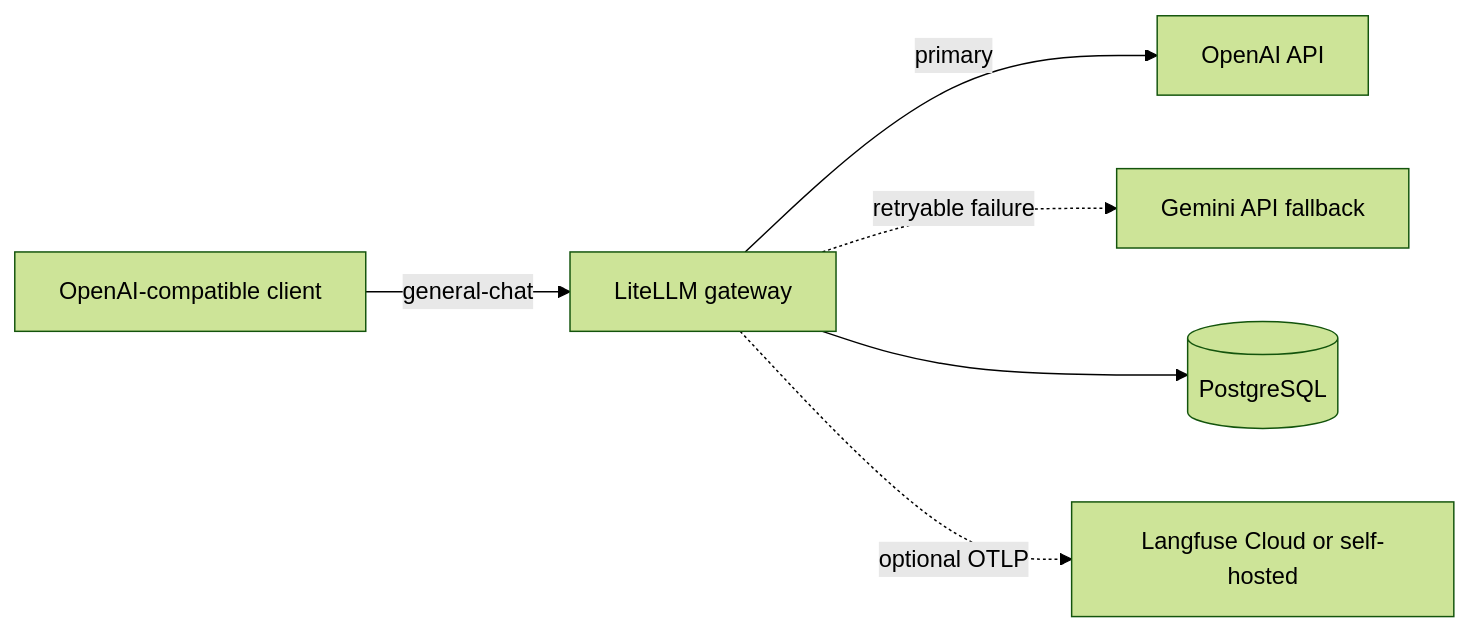
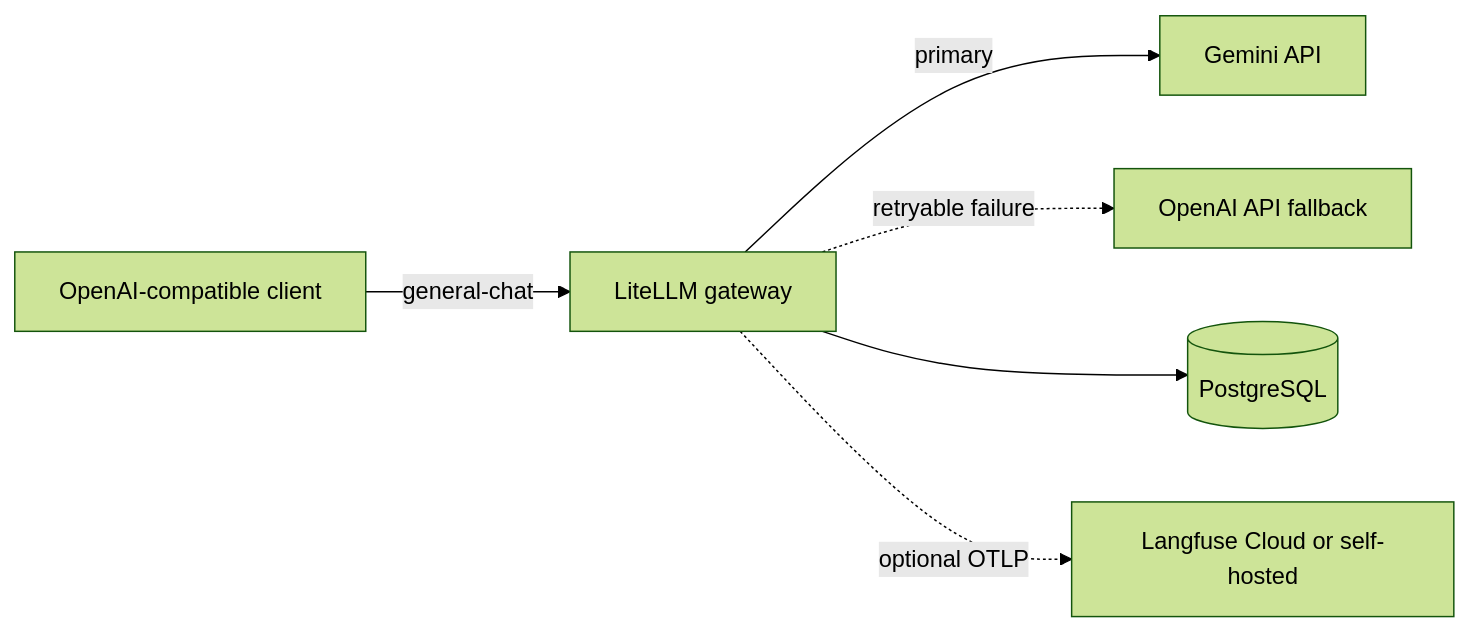
The diagram in README.md (rifkikarimr/litellm-deployment), drawn with Mermaid (forest theme) before and after one commit. The commit also changed other lines of this file and 13 other files, not shown here.

Commit message:
feat: validate Gemini-primary OpenAI-fallback routing live

````diff
--- a/README.md
+++ b/README.md
@@ -7,8 +7,8 @@
 ```mermaid
 flowchart LR
     Client[OpenAI-compatible client] -->|general-chat| Gateway[LiteLLM gateway]
-    Gateway -->|primary| OpenAI[OpenAI API]
-    Gateway -. retryable failure .-> Gemini[Gemini API fallback]
+    Gateway -->|primary| Gemini[Gemini API]
+    Gateway -. retryable failure .-> OpenAI[OpenAI API fallback]
     Gateway --> Postgres[(PostgreSQL)]
     Gateway -. optional OTLP .-> Langfuse[Langfuse Cloud or self-hosted]
 ```
````
